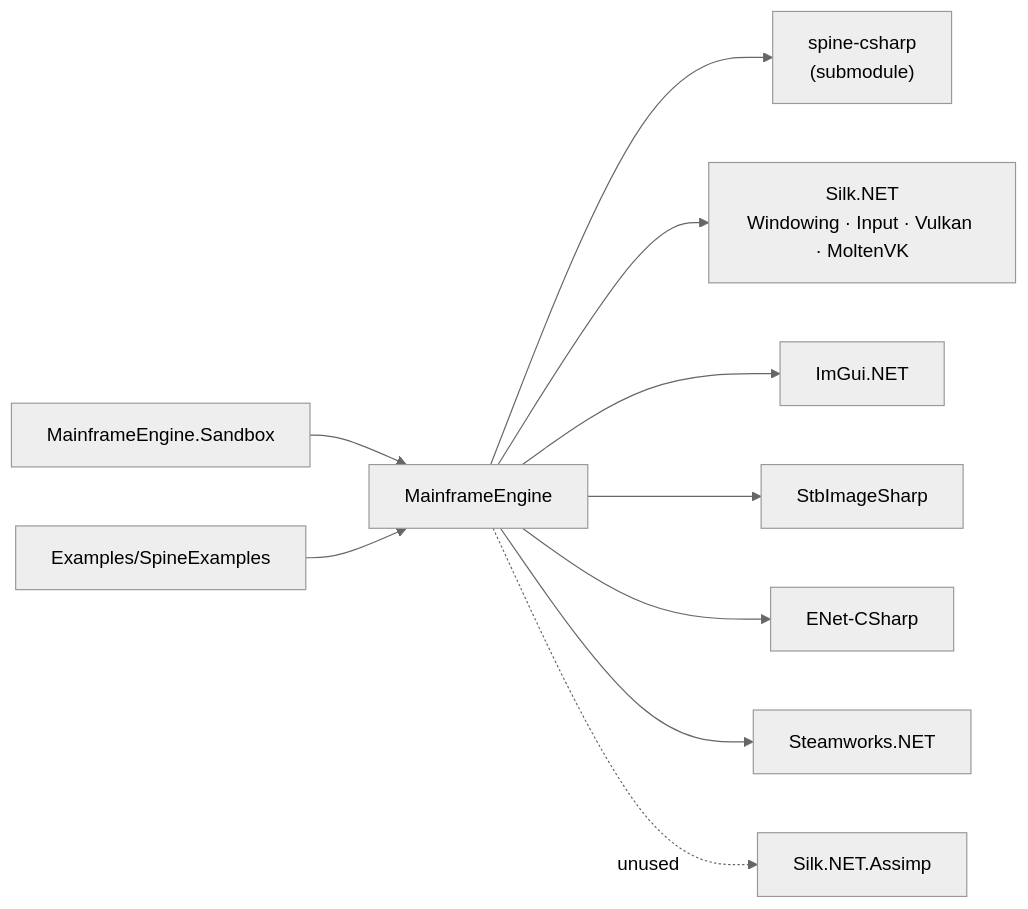
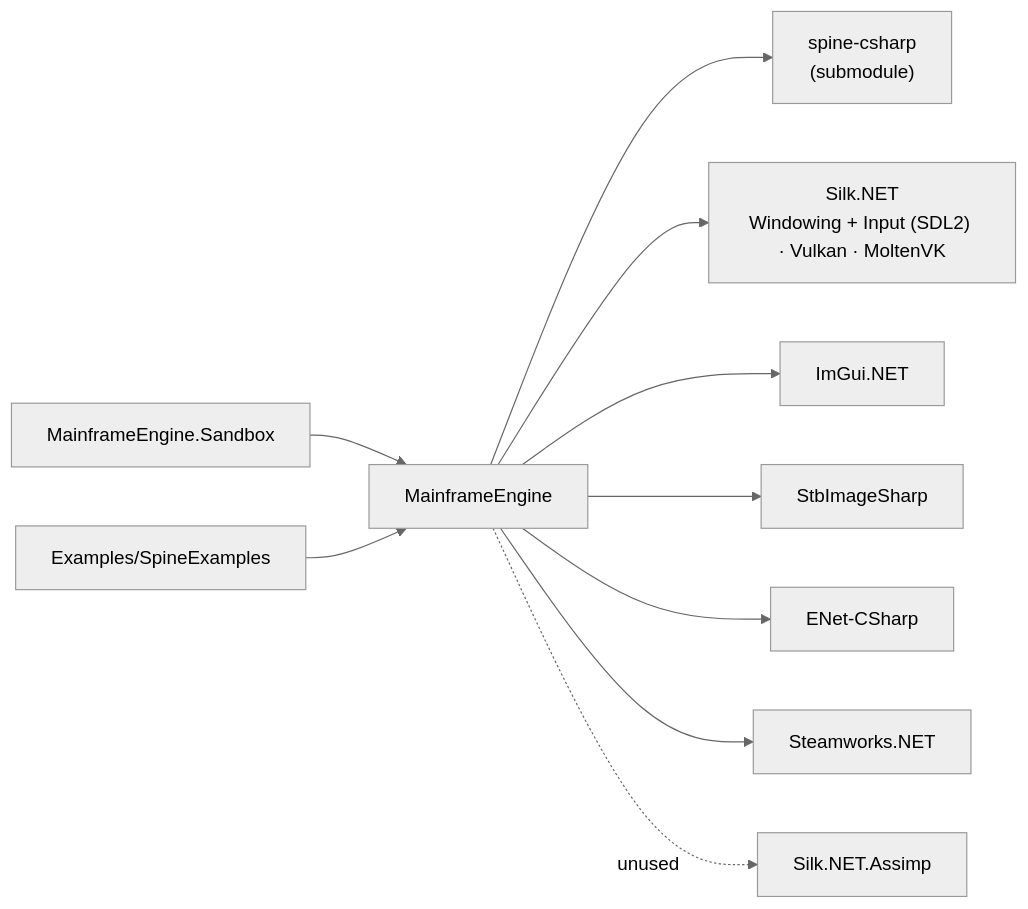
One commit to Mainframe-Games/mainframe-engine changed the diagram in docs/design/architecture-overview.md. Above: the diagram before and after it, drawn with Mermaid (neutral theme). The commit also changed 22 other files, not shown here.

First line of the commit message:
M0: Switch windowing and input from GLFW to SDL2

````diff
--- a/docs/design/architecture-overview.md
+++ b/docs/design/architecture-overview.md
@@ -41,12 +41,12 @@
 ```mermaid
 flowchart LR
     Sandbox["MainframeEngine.Sandbox"] --> Engine["MainframeEngine"]
     SpineEx["Examples/SpineExamples"] --> Engine
     Engine --> SpineRT["spine-csharp<br/>(submodule)"]
-    Engine --> Silk["Silk.NET<br/>Windowing · Input · Vulkan · MoltenVK"]
+    Engine --> Silk["Silk.NET<br/>Windowing + Input (SDL2) · Vulkan · MoltenVK"]
     Engine --> ImGui["ImGui.NET"]
     Engine --> Stb["StbImageSharp"]
     Engine --> ENet["ENet-CSharp"]
     Engine --> Steam["Steamworks.NET"]
     Engine -. unused .-> Assimp["Silk.NET.Assimp"]
 ```
````
